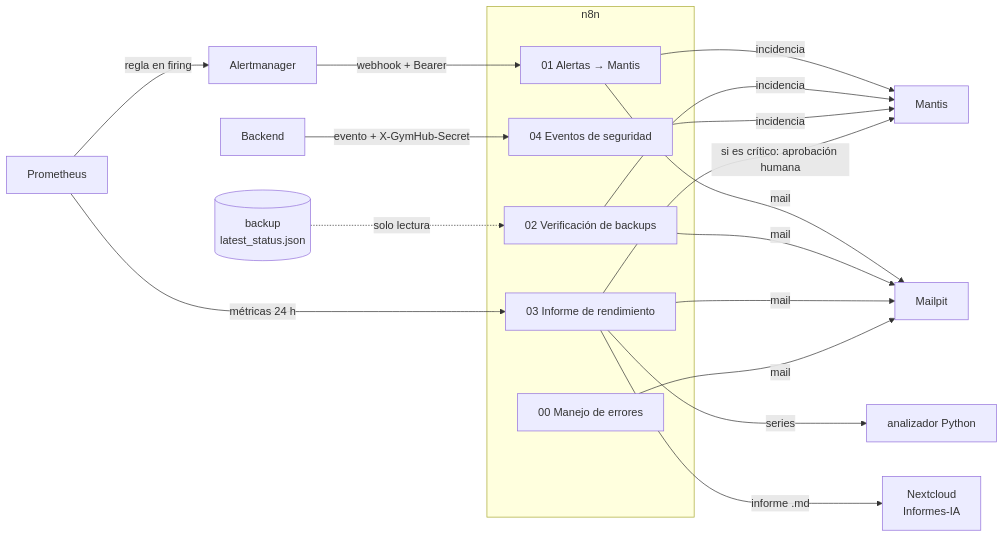
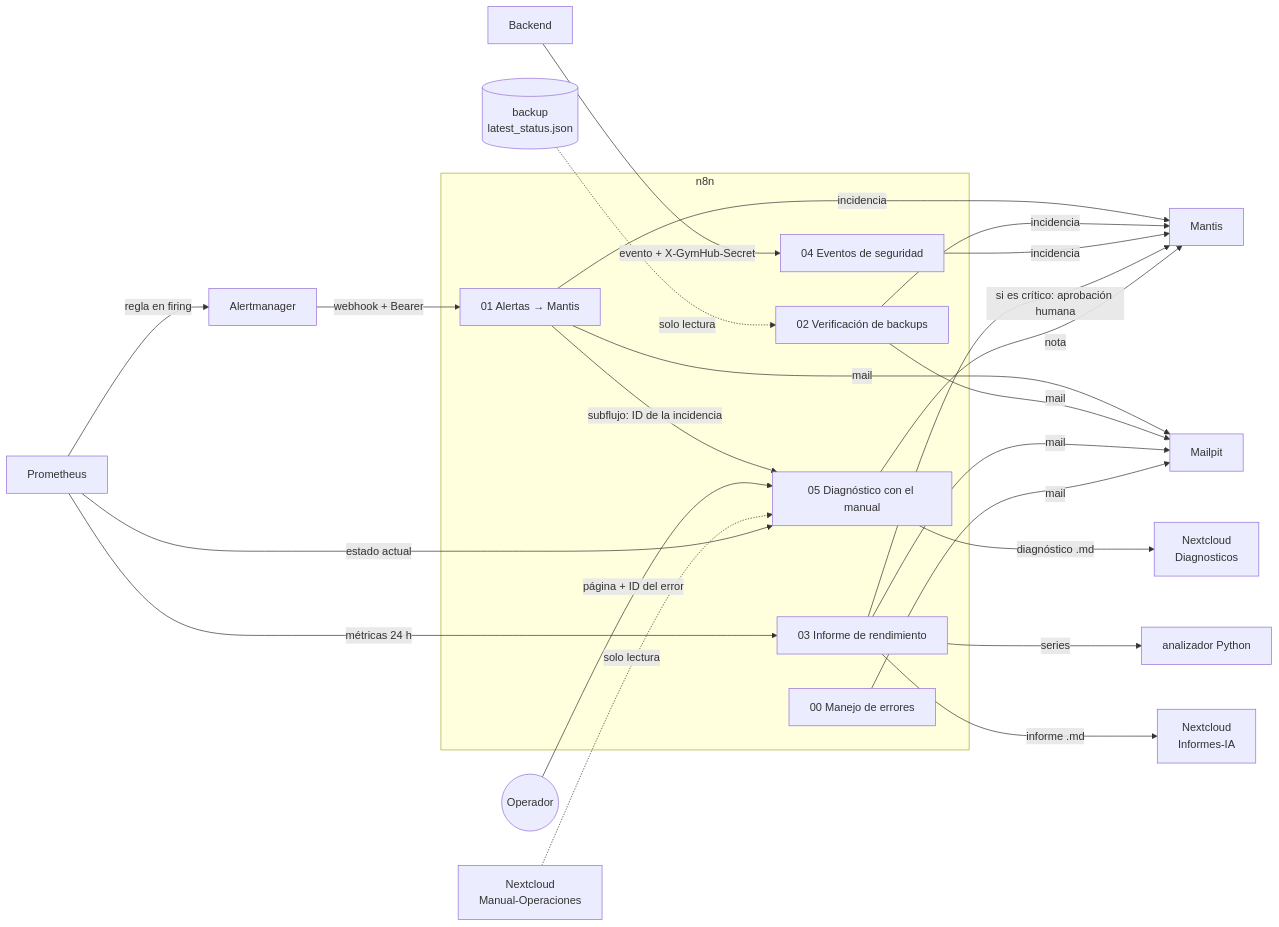
The first of 2 diagrams in docs/13-automatizacion-procesos-n8n.md (valentiniriar/proyecto_demo_hia), drawn with Mermaid before and after one commit. The commit also changed other lines of this file and 10 other files, not shown here.

First line of the commit message:
feat(n8n): flujo 05, diagnóstico con el manual de errores de Nextcloud

````diff
--- a/docs/13-automatizacion-procesos-n8n.md
+++ b/docs/13-automatizacion-procesos-n8n.md
@@ -9,20 +9,27 @@
 ```mermaid
 flowchart LR
   PR[Prometheus] -->|regla en firing| AM[Alertmanager]
   AM -->|webhook + Bearer| F1
   BE[Backend] -->|evento + X-GymHub-Secret| F4
   BK[(backup<br/>latest_status.json)] -.->|solo lectura| F2
   PR -->|métricas 24 h| F3
   subgraph n8n
     F1[01 Alertas → Mantis]
     F2[02 Verificación de backups]
     F3[03 Informe de rendimiento]
     F4[04 Eventos de seguridad]
     F0[00 Manejo de errores]
+    F5[05 Diagnóstico con el manual]
   end
   F3 -->|series| PY[analizador Python]
   F1 & F2 & F4 -->|incidencia| MT[Mantis]
   F3 -->|informe .md| NC[Nextcloud<br/>Informes-IA]
   F3 -->|si es crítico: aprobación humana| MT
   F1 & F2 & F3 & F0 -->|mail| MP[Mailpit]
+  F1 -->|subflujo: ID de la incidencia| F5
+  OP((Operador)) -->|página + ID del error| F5
+  NCM[Nextcloud<br/>Manual-Operaciones] -.->|solo lectura| F5
+  PR -->|estado actual| F5
+  F5 -->|diagnóstico .md| NCD[Nextcloud<br/>Diagnosticos]
+  F5 -->|nota| MT
 ```
````
